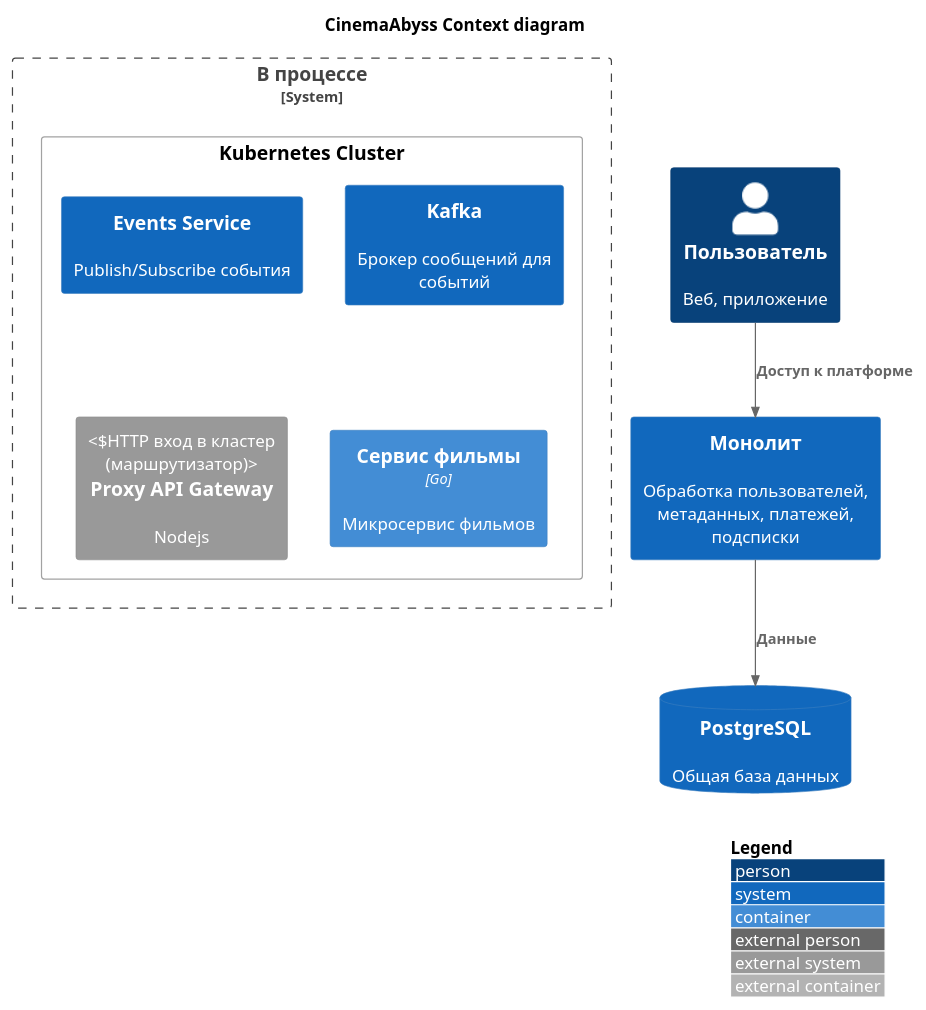
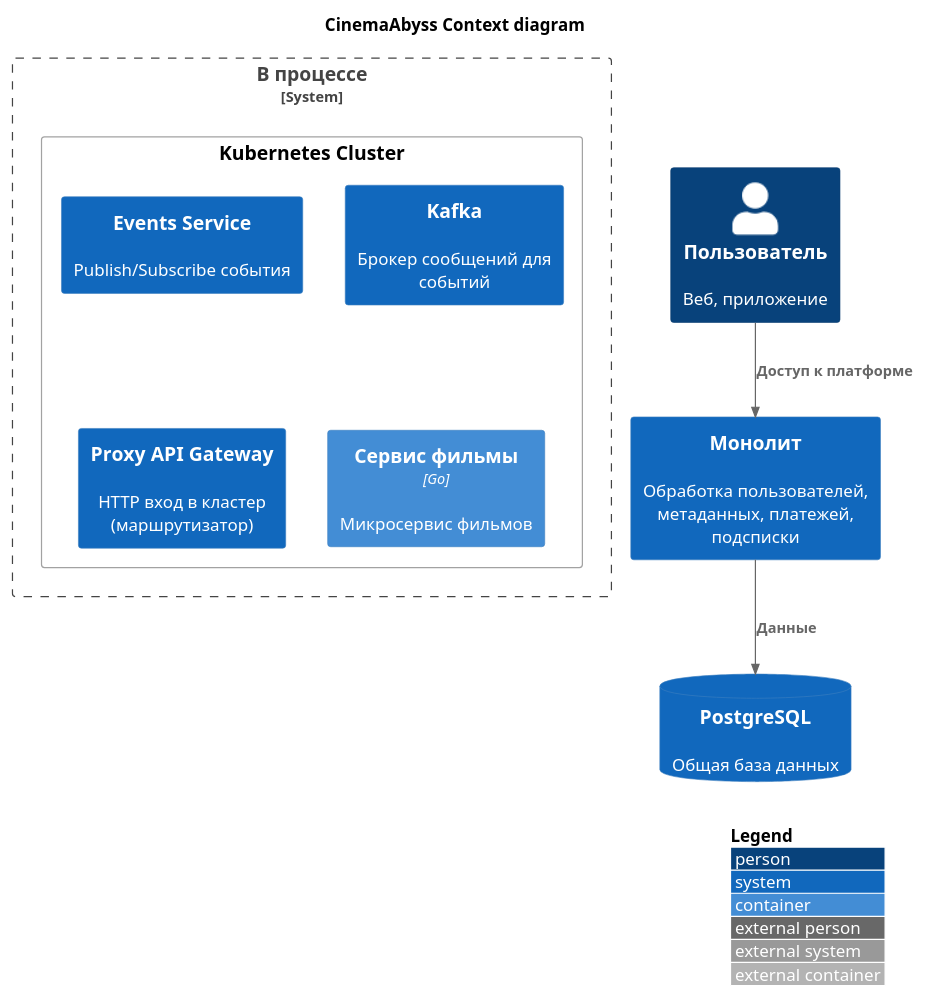
One commit to AntonVolkov71/architecture-pro-cinemaabyss changed the diagram in schemas/as_is/Context.plantuml. Above: the diagram before and after it, drawn with PlantUML. The commit also changed 1 other file, not shown here.

```diff
--- a/schemas/as_is/Context.plantuml
+++ b/schemas/as_is/Context.plantuml
@@ -1,27 +1,27 @@
 @startuml
 title CinemaAbyss Context diagram
 
 top to bottom direction
 
 !includeurl https://raw.githubusercontent.com/RicardoNiepel/C4-PlantUML/master/C4_Deployment.puml
 
 
 Person(User, "Пользователь", "Веб, приложение" )
 System(MonolithSystem, "Монолит", "Обработка пользователей, метаданных, платежей, подсписки")
 SystemDb(postgres, "PostgreSQL", "Общая база данных")
 
 System_Boundary(InTheProcess, "В процессе") {
   Deployment_Node("k8s", "Kubernetes Cluster") {
-    System(events, "Events Service", "Publish/Subscribe события")
+    System(EventService, "Events Service", "Publish/Subscribe события")
     System(kafka, "Kafka", "Брокер сообщений для событий")
-    System_Ext(ProxyService, "Proxy API Gateway", "Nodejs", "HTTP вход в кластер (маршрутизатор)")
+    System(ProxyService, "Proxy API Gateway", "HTTP вход в кластер (маршрутизатор)")
     Container(MoviesService, "Сервис фильмы", "Go", "Микросервис фильмов")
   }
 }
 
 Rel(User, MonolithSystem, "Доступ к платформе")
 Rel(MonolithSystem, postgres, "Данные")
 
 SHOW_LEGEND()
 LAYOUT_WITH_LEGEND()
 @enduml
```
